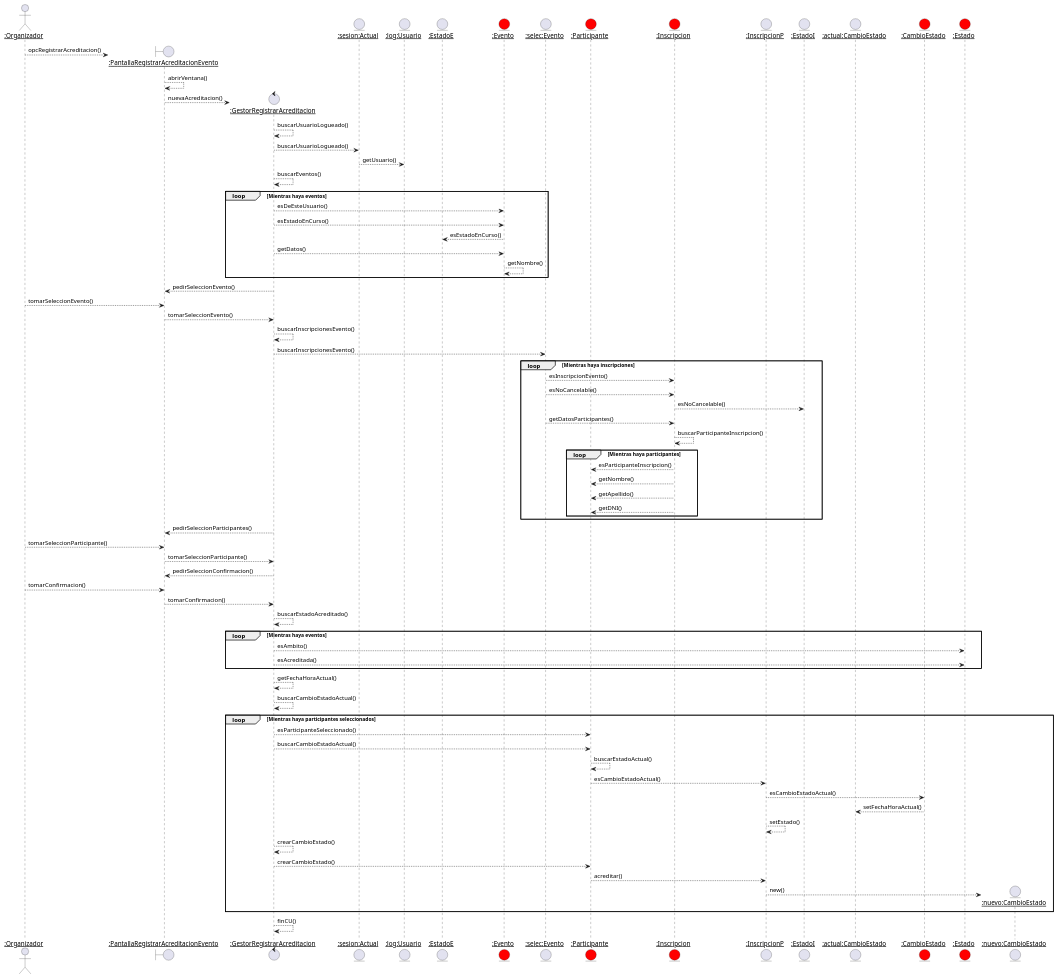
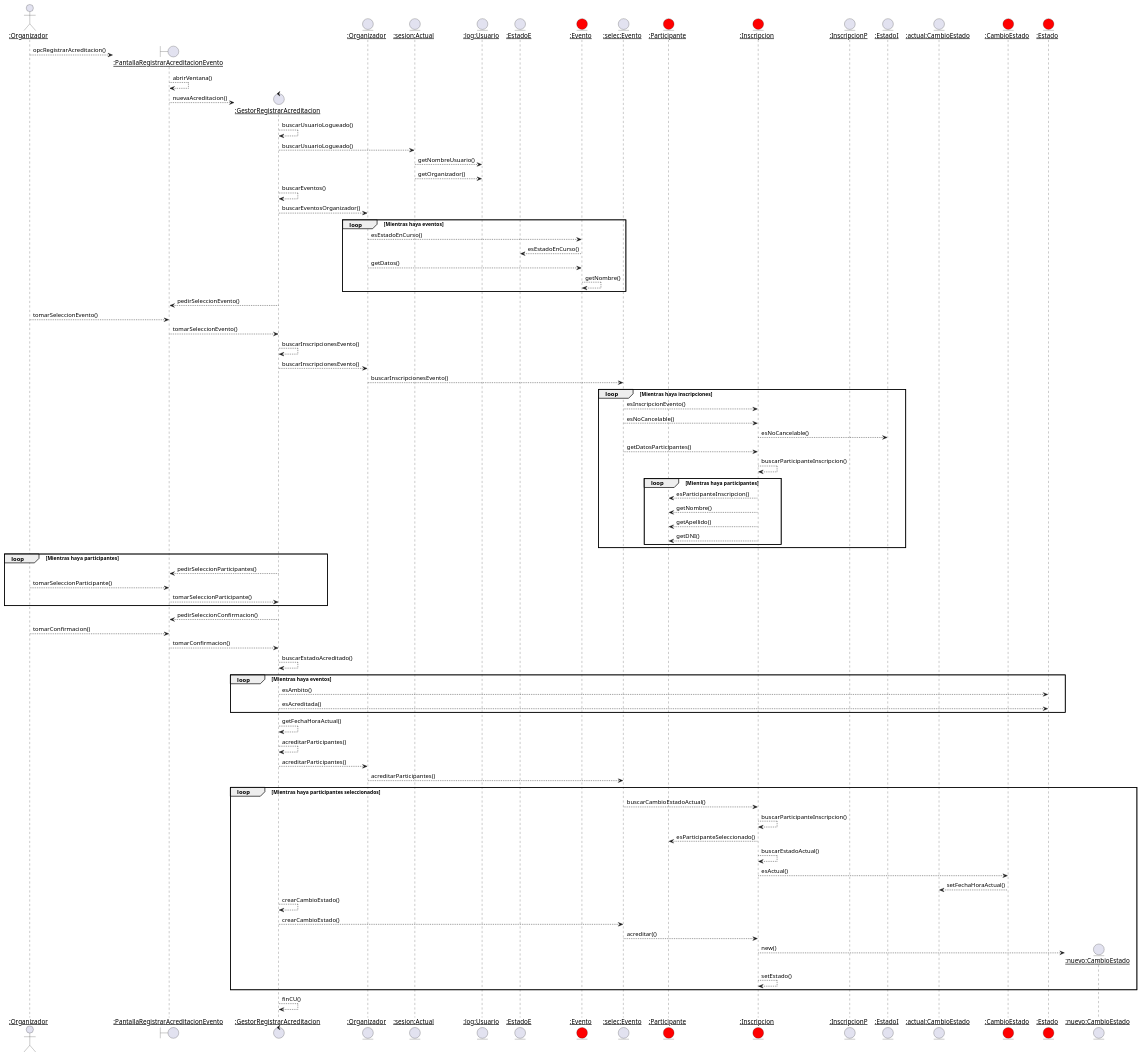
Before and after one commit to IgnacioSala20/Diagramas: the diagram in PreParciales/GestionEventos/Inscripcion/secuencia.puml, drawn with PlantUML. The commit also changed other lines of this file and 2 other files, not shown here.

```diff
--- a/PreParciales/GestionEventos/Inscripcion/secuencia.puml
+++ b/PreParciales/GestionEventos/Inscripcion/secuencia.puml
@@ -1,104 +1,107 @@
 @startuml diagrama secuencia
 
 actor "__:Organizador__" as O
 
 create boundary "__:PantallaRegistrarAcreditacionEvento__" as PAE
 
 O --> PAE : opcRegistrarAcreditacion()
 
 PAE --> PAE : abrirVentana()
 
 create control "__:GestorRegistrarAcreditacion__" as GRA
 
 PAE --> GRA : nuevaAcreditacion()
-
+entity "__:Organizador__" as Organizador
 entity "__:sesion:Actual__" as SA 
 entity "__:log:Usuario__" as LU 
-
 GRA --> GRA : buscarUsuarioLogueado()
 
 GRA --> SA : buscarUsuarioLogueado()
 
-SA --> LU : getUsuario()
-
+SA --> LU : getNombreUsuario()
+SA --> LU : getOrganizador()
 GRA --> GRA : buscarEventos()
 entity "__:EstadoE__" as EE
 entity "__:Evento__" as E #Red
-
+GRA --> Organizador :buscarEventosOrganizador()
 group loop [Mientras haya eventos]
-    GRA --> E: esDeEsteUsuario()
-    GRA --> E : esEstadoEnCurso()
+    Organizador --> E : esEstadoEnCurso()
     E --> EE: esEstadoEnCurso()
 
-    GRA --> E : getDatos()
+    Organizador --> E : getDatos()
     E --> E : getNombre()
 end
 
 GRA --> PAE : pedirSeleccionEvento()
 
 O --> PAE : tomarSeleccionEvento()
 
 PAE --> GRA : tomarSeleccionEvento()
 
 'Preguntar acerca de esta duda, de si obtengo directamente los punteros o si los busco'
 GRA -->GRA : buscarInscripcionesEvento()
 entity "__:selec:Evento__" as SE
-GRA --> SE : buscarInscripcionesEvento()
+GRA --> Organizador : buscarInscripcionesEvento()
 entity "__:Participante__" as P #red
 entity "__:Inscripcion__" as I #red
-
+Organizador --> SE : buscarInscripcionesEvento()
 group loop [Mientras haya inscripciones]
     SE --> I :  esInscripcionEvento()
     SE --> I : esNoCancelable()
     entity "__:InscripcionP__" as IP
     entity "__:EstadoI__" as EI 
     I --> EI : esNoCancelable()
 
     SE --> I : getDatosParticipantes()
     I --> I : buscarParticipanteInscripcion()
     group loop [Mientras haya participantes]
         I --> P : esParticipanteInscripcion()
         I --> P : getNombre()
         I --> P : getApellido()
         I --> P : getDNI()
     end
 end
 
-GRA --> PAE : pedirSeleccionParticipantes()
-O --> PAE : tomarSeleccionParticipante()
-PAE --> GRA :tomarSeleccionParticipante()
 
+group loop [Mientras haya participantes]
+    GRA --> PAE : pedirSeleccionParticipantes()
+    O --> PAE : tomarSeleccionParticipante()
+    PAE --> GRA :tomarSeleccionParticipante()
+end
 GRA --> PAE : pedirSeleccionConfirmacion()
 
 O --> PAE : tomarConfirmacion()
 PAE --> GRA : tomarConfirmacion()
 
 entity "__:actual:CambioEstado__" as ACE 
 entity "__:CambioEstado__" as CE #red
 entity "__:Estado__" as Estado #red 
 GRA --> GRA : buscarEstadoAcreditado()
 group loop [Mientras haya eventos]
     GRA --> Estado : esAmbito()
     GRA --> Estado: esAcreditada()
 end
 
 GRA --> GRA : getFechaHoraActual()
-GRA --> GRA : buscarCambioEstadoActual()
+GRA --> GRA : acreditarParticipantes()
+GRA --> Organizador : acreditarParticipantes()
+Organizador --> SE : acreditarParticipantes()
 group loop [Mientras haya participantes seleccionados]
-    GRA --> P : esParticipanteSeleccionado()
-    GRA --> P: buscarCambioEstadoActual()
-    P --> P : buscarEstadoActual()
-    P --> IP: esCambioEstadoActual()
-    IP --> CE : esCambioEstadoActual()
+    SE --> I : buscarCambioEstadoActual()
+    I --> I : buscarParticipanteInscripcion()
+    I --> P : esParticipanteSeleccionado()
+    I --> I : buscarEstadoActual()
+    I --> CE: esActual()
     CE --> ACE : setFechaHoraActual()
 
-    IP --> IP : setEstado()
     GRA --> GRA : crearCambioEstado()
-    GRA --> P : crearCambioEstado()
-    P --> IP : acreditar()
+    GRA --> SE : crearCambioEstado()
+    SE --> I : acreditar(()
+
     create entity "__:nuevo:CambioEstado__" as nCE 
-    IP --> nCE : new()
+    I --> nCE : new()
+    I--> I : setEstado()
 end
 
 GRA --> GRA : finCU()
 @enduml
```
